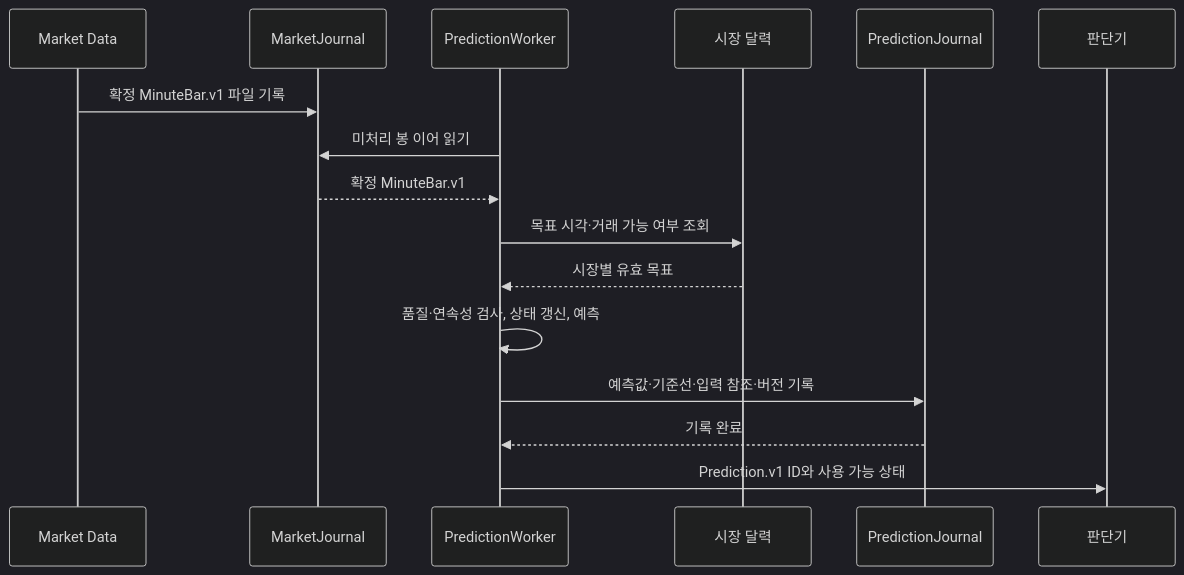
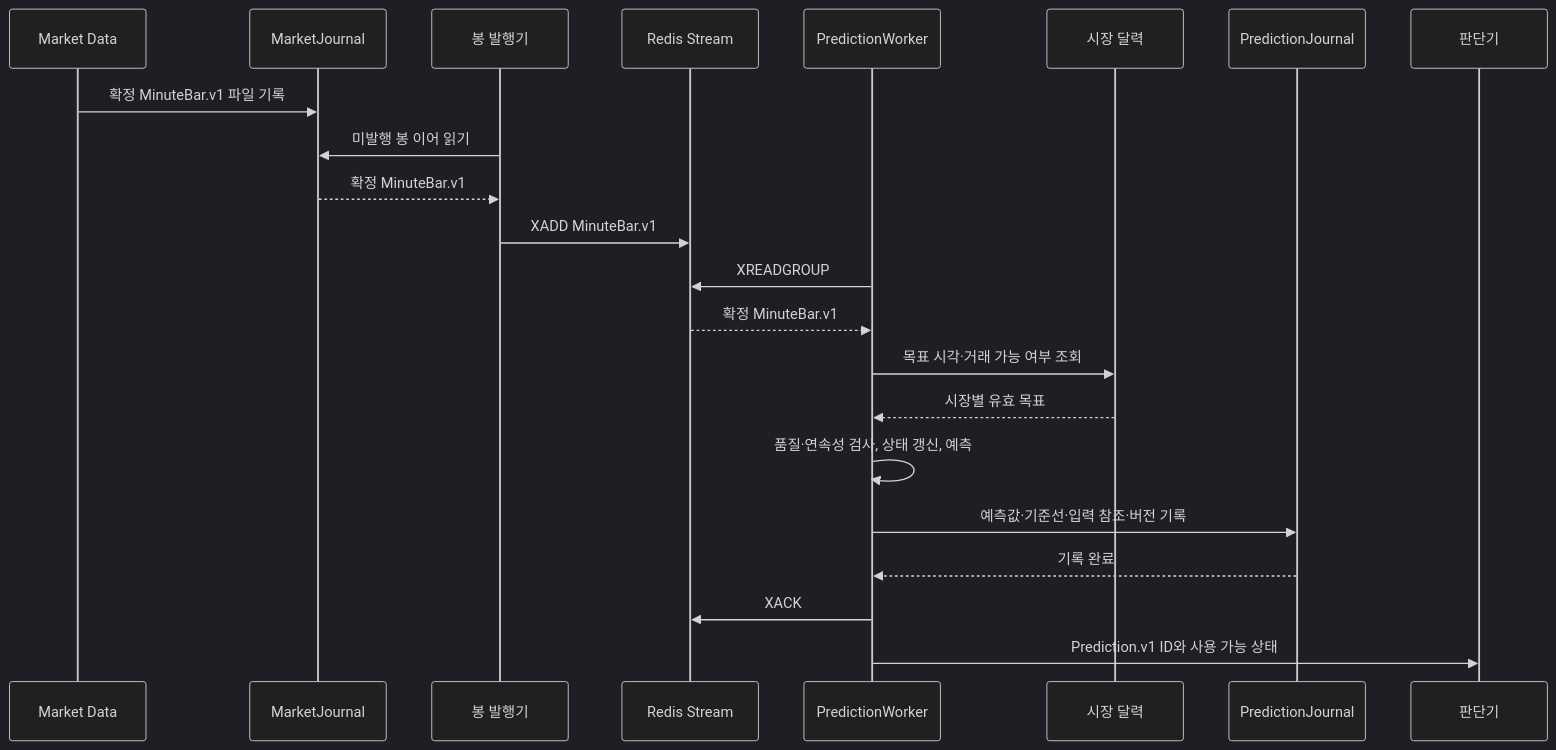
One commit to ShinYEB/Auto-helm changed the second of 2 diagrams in docs/lld/02-price-prediction.md. Above: the diagram before and after it, drawn with Mermaid (dark theme). The commit also changed other lines of this file and 1 other file, not shown here.

Commit message:
Design Redis Streams handoff for minute bars

````diff
--- a/docs/lld/02-price-prediction.md
+++ b/docs/lld/02-price-prediction.md
@@ -66,18 +65,24 @@
 ```mermaid
 sequenceDiagram
     participant M as Market Data
     participant MJ as MarketJournal
+    participant PUB as 봉 발행기
+    participant R as Redis Stream
     participant P as PredictionWorker
     participant C as 시장 달력
     participant PJ as PredictionJournal
     participant D as 판단기
     M->>MJ: 확정 MinuteBar.v1 파일 기록
-    P->>MJ: 미처리 봉 이어 읽기
-    MJ-->>P: 확정 MinuteBar.v1
+    PUB->>MJ: 미발행 봉 이어 읽기
+    MJ-->>PUB: 확정 MinuteBar.v1
+    PUB->>R: XADD MinuteBar.v1
+    P->>R: XREADGROUP
+    R-->>P: 확정 MinuteBar.v1
     P->>C: 목표 시각·거래 가능 여부 조회
     C-->>P: 시장별 유효 목표
     P->>P: 품질·연속성 검사, 상태 갱신, 예측
     P->>PJ: 예측값·기준선·입력 참조·버전 기록
     PJ-->>P: 기록 완료
+    P->>R: XACK
     P->>D: Prediction.v1 ID와 사용 가능 상태
 ```
````
